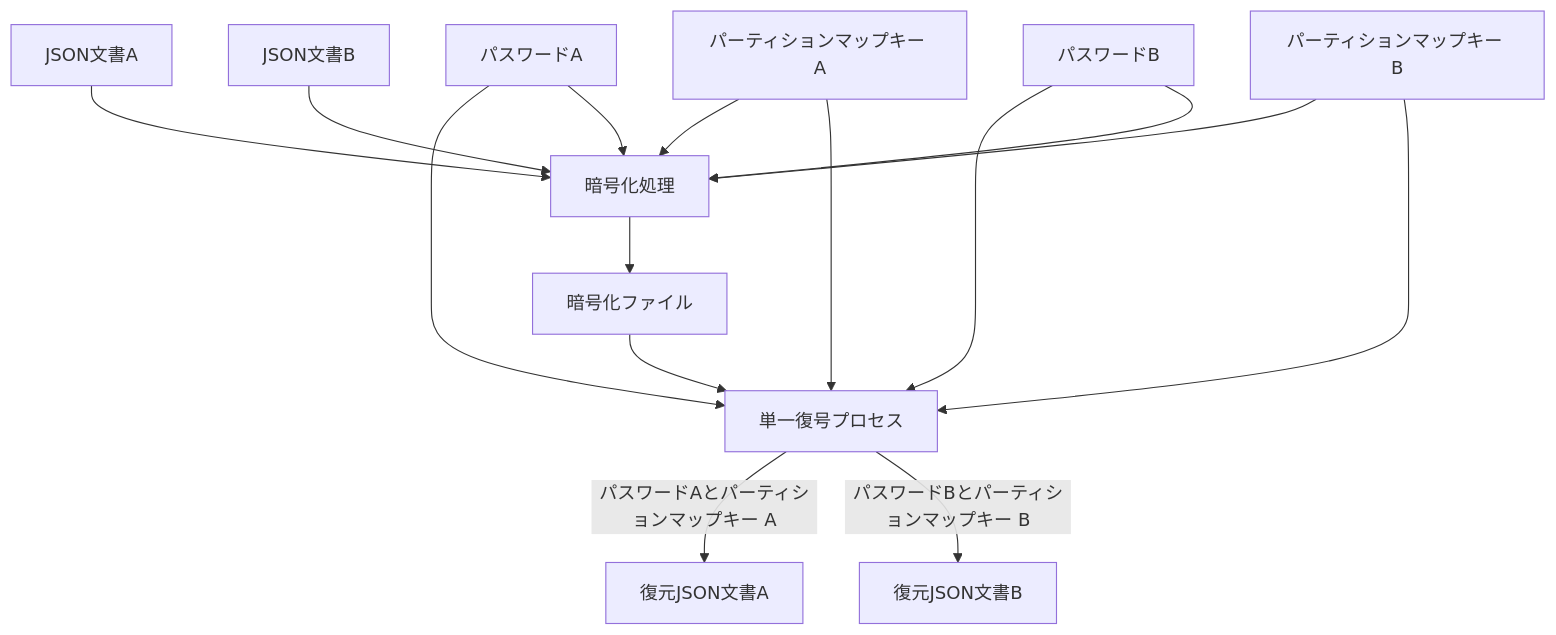
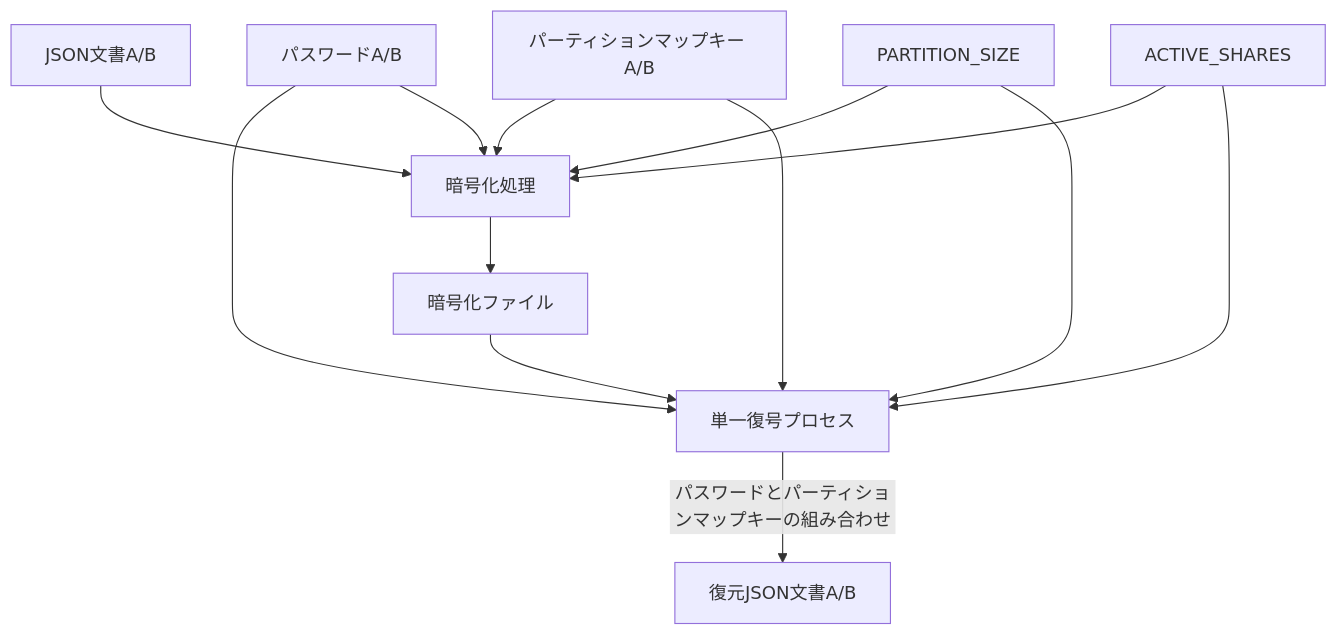
One commit to pacific-system/secret-sharing-demos-20250510 changed the first of 2 diagrams in method_13_shamir_multi_plaintext_system/design/02_architecture.md. Above: the diagram before and after it, drawn with Mermaid. The commit also changed other lines of this file and 21 other files, not shown here.

````diff
--- a/method_13_shamir_multi_plaintext_system/design/02_architecture.md
+++ b/method_13_shamir_multi_plaintext_system/design/02_architecture.md
@@ -18,17 +19,15 @@
 ```mermaid
 graph TD
-    A[JSON文書A] --> C[暗号化処理]
-    B[JSON文書B] --> C
+    A[JSON文書A/B] --> C[暗号化処理]
     C --> D[暗号化ファイル]
     D --> E[単一復号プロセス]
-    J[パスワードA] --> E
-    K[パスワードB] --> E
-    IA[パーティションマップキー A] --> C
-    IB[パーティションマップキー B] --> C
-    IA --> E
-    IB --> E
-    E -- パスワードAとパーティションマップキー A --> G[復元JSON文書A]
-    E -- パスワードBとパーティションマップキー B --> H[復元JSON文書B]
+    J[パスワードA/B] --> E
+    I[パーティションマップキー A/B] --> C
+    I --> E
     J --> C
-    K --> C
+    PS[PARTITION_SIZE] --> C
+    PS --> E
+    AS[ACTIVE_SHARES] --> C
+    AS --> E
+    E -- パスワードとパーティションマップキーの組み合わせ --> G[復元JSON文書A/B]
 ```
````
